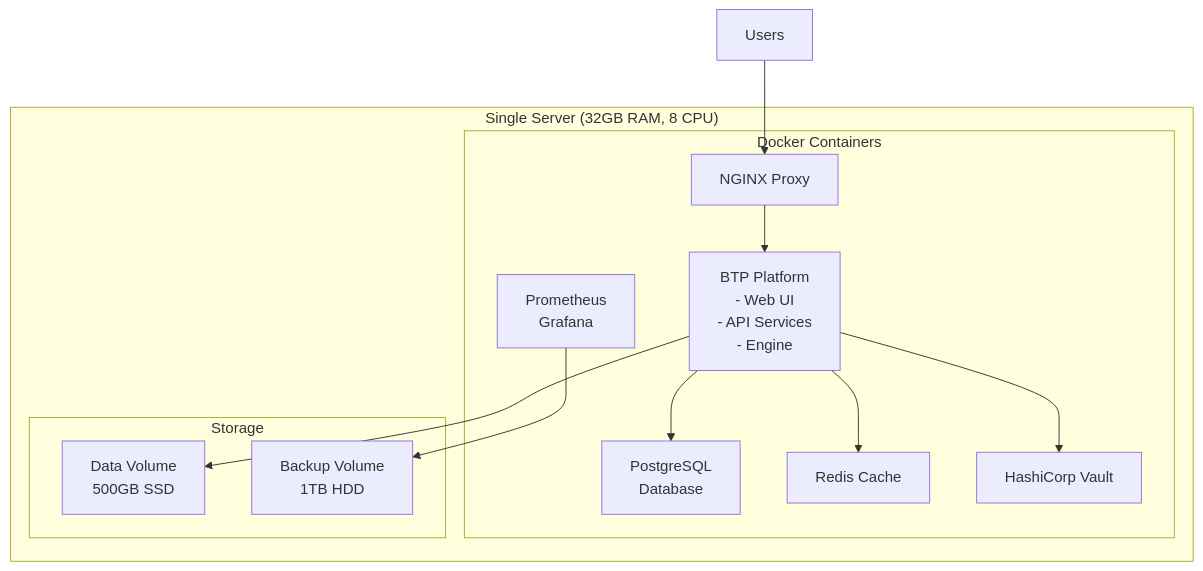
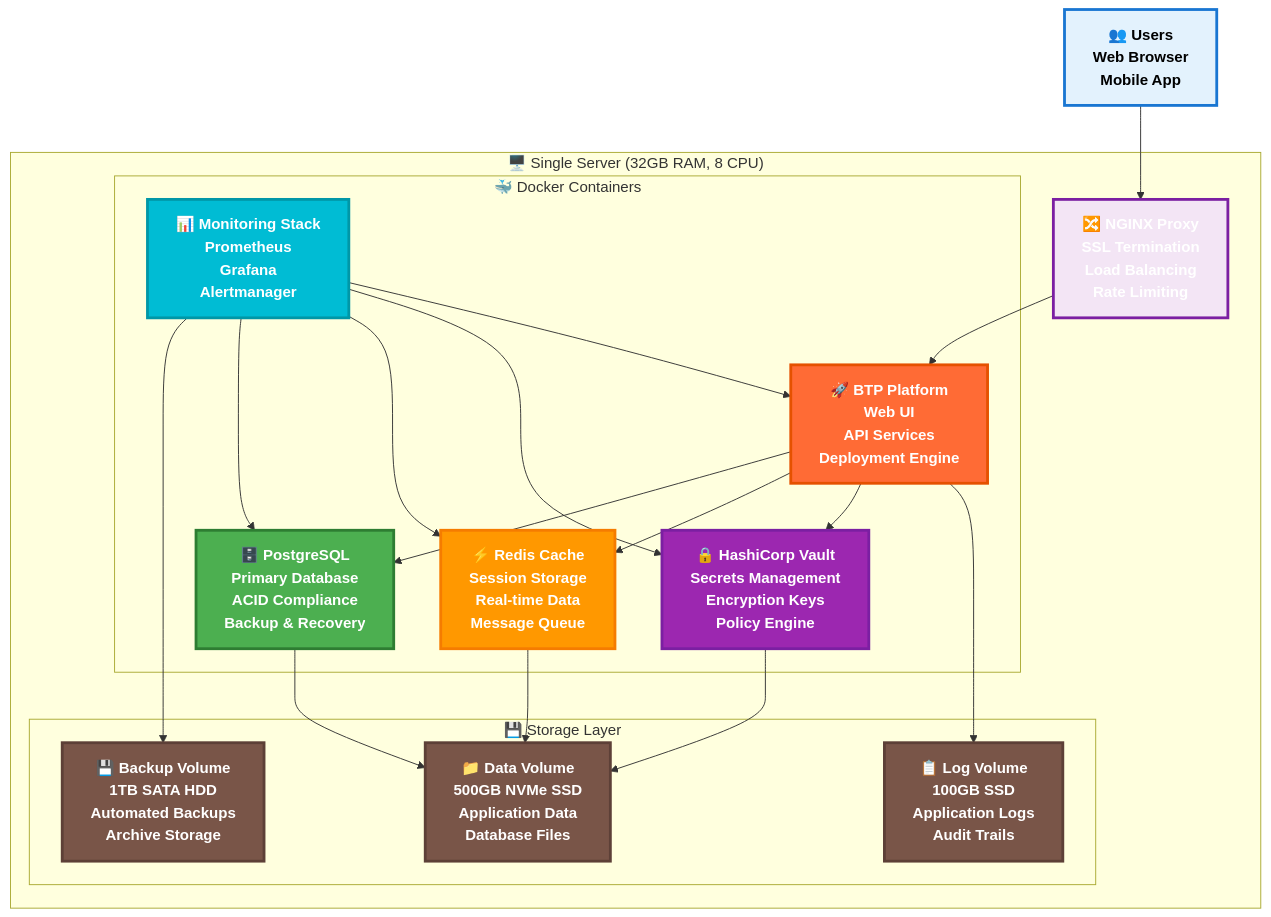
One commit to settlemint/btp-on-gcp changed the first of 3 diagrams in BARE_METAL_DEPLOYMENT_GUIDE.md. Above: the diagram before and after it, drawn with Mermaid. The commit also changed other lines of this file and 4 other files, not shown here.

````diff
--- a/BARE_METAL_DEPLOYMENT_GUIDE.md
+++ b/BARE_METAL_DEPLOYMENT_GUIDE.md
@@ -46,26 +55,63 @@
 ```mermaid
-graph TB
-    subgraph "Single Server (32GB RAM, 8 CPU)"
-        subgraph "Docker Containers"
-            BTP[BTP Platform<br/>- Web UI<br/>- API Services<br/>- Engine]
-            POSTGRES[PostgreSQL<br/>Database]
-            REDIS[Redis Cache]
-            VAULT[HashiCorp Vault]
-            NGINX[NGINX Proxy]
-            MONITORING[Prometheus<br/>Grafana]
+graph TD
+    USERS[👥 Users<br/>Web Browser<br/>Mobile App]
+    
+    subgraph SERVER["🖥️ Single Server (32GB RAM, 8 CPU)"]
+        NGINX[🔀 NGINX Proxy<br/>SSL Termination<br/>Load Balancing<br/>Rate Limiting]
+        
+        subgraph CONTAINERS["🐳 Docker Containers"]
+            BTP[🚀 BTP Platform<br/>Web UI<br/>API Services<br/>Deployment Engine]
+            POSTGRES[🗄️ PostgreSQL<br/>Primary Database<br/>ACID Compliance<br/>Backup & Recovery]
+            REDIS[⚡ Redis Cache<br/>Session Storage<br/>Real-time Data<br/>Message Queue]
+            VAULT[🔒 HashiCorp Vault<br/>Secrets Management<br/>Encryption Keys<br/>Policy Engine]
+            MONITORING[📊 Monitoring Stack<br/>Prometheus<br/>Grafana<br/>Alertmanager]
         end
         
-        subgraph "Storage"
-            DATA[Data Volume<br/>500GB SSD]
-            BACKUP[Backup Volume<br/>1TB HDD]
+        subgraph STORAGE["💾 Storage Layer"]
+            DATA[📁 Data Volume<br/>500GB NVMe SSD<br/>Application Data<br/>Database Files]
+            BACKUP[💾 Backup Volume<br/>1TB SATA HDD<br/>Automated Backups<br/>Archive Storage]
+            LOGS[📋 Log Volume<br/>100GB SSD<br/>Application Logs<br/>Audit Trails]
         end
     end
     
-    USERS[Users] --> NGINX
+    %% User Flow
+    USERS --> NGINX
     NGINX --> BTP
+    
+    %% Application Flow
     BTP --> POSTGRES
     BTP --> REDIS
     BTP --> VAULT
-    BTP --> DATA
+    
+    %% Storage Flow
+    POSTGRES --> DATA
+    REDIS --> DATA
+    VAULT --> DATA
+    BTP --> LOGS
     MONITORING --> BACKUP
+    
+    %% Monitoring Flow
+    MONITORING --> POSTGRES
+    MONITORING --> REDIS
+    MONITORING --> VAULT
+    MONITORING --> BTP
+    
+    %% Styling
+    classDef user fill:#e3f2fd,stroke:#1976d2,stroke-width:3px,color:#000,font-weight:bold
+    classDef proxy fill:#f3e5f5,stroke:#7b1fa2,stroke-width:3px,color:#fff,font-weight:bold
+    classDef application fill:#ff6b35,stroke:#e55100,stroke-width:3px,color:#fff,font-weight:bold
+    classDef database fill:#4caf50,stroke:#2e7d32,stroke-width:3px,color:#fff,font-weight:bold
+    classDef cache fill:#ff9800,stroke:#f57c00,stroke-width:3px,color:#fff,font-weight:bold
+    classDef security fill:#9c27b0,stroke:#7b1fa2,stroke-width:3px,color:#fff,font-weight:bold
+    classDef monitoring fill:#00bcd4,stroke:#0097a7,stroke-width:3px,color:#fff,font-weight:bold
+    classDef storage fill:#795548,stroke:#5d4037,stroke-width:3px,color:#fff,font-weight:bold
+    
+    class USERS user
+    class NGINX proxy
+    class BTP application
+    class POSTGRES database
+    class REDIS cache
+    class VAULT security
+    class MONITORING monitoring
+    class DATA,BACKUP,LOGS storage
 ```
````
